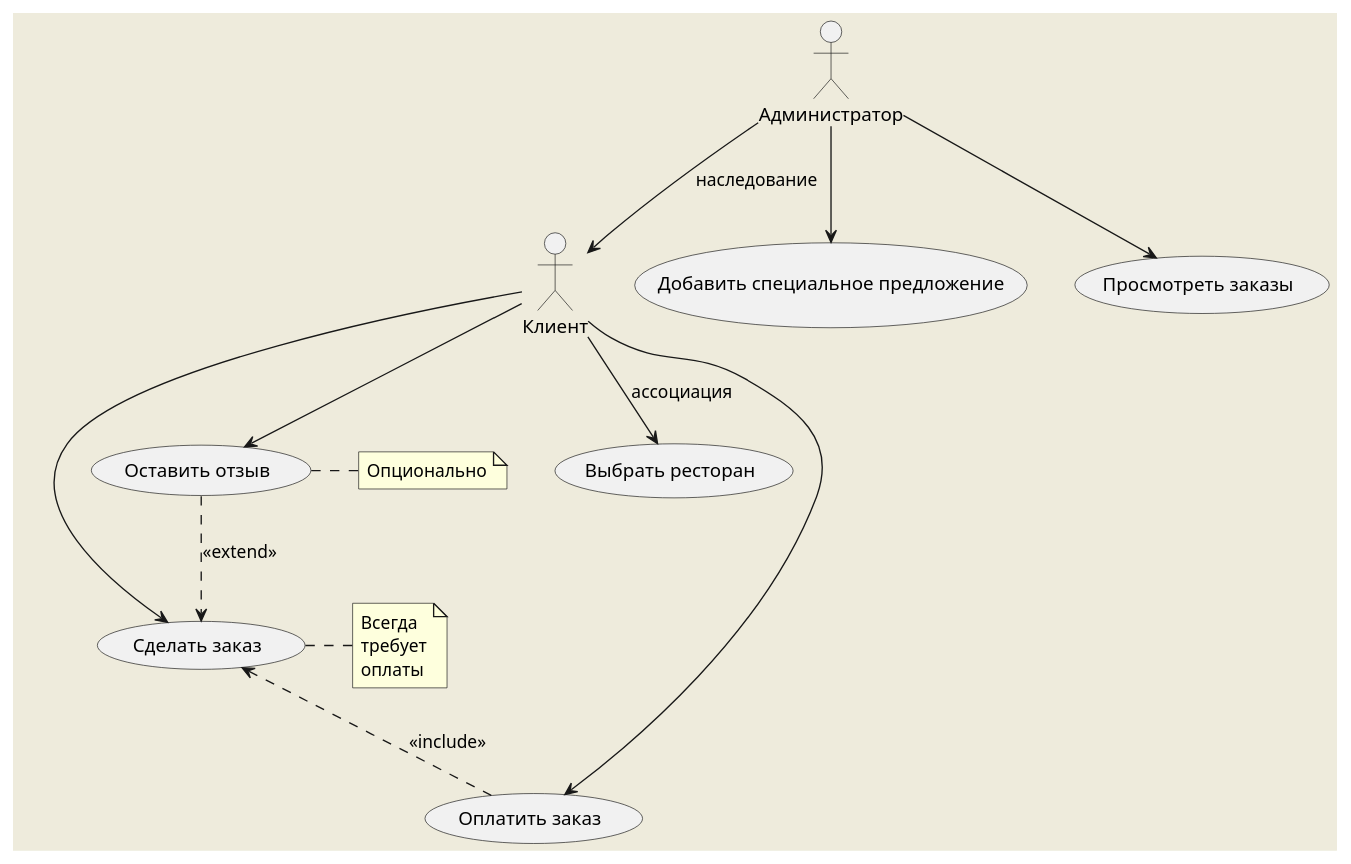
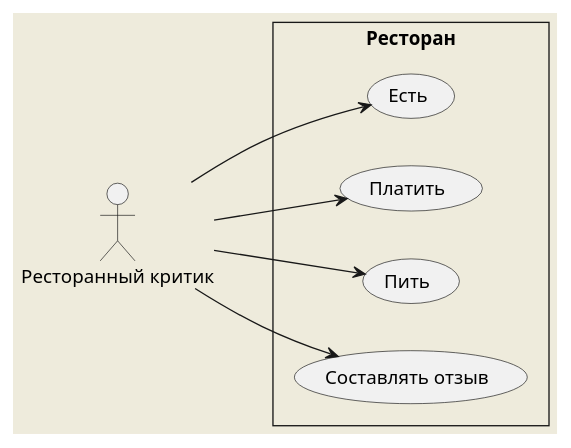
One commit to VladimirMonin/conspects changed diagram 22 of 28 in Модуль UML.md. Above: the diagram before and after it, drawn with PlantUML. The commit also changed other lines of this file, not shown here.

Commit message:
uml: lesson 1-4

````diff
--- a/Модуль UML.md
+++ b/Модуль UML.md
@@ -1270,31 +1311,20 @@
 ```plantuml
 @startuml
 skinparam BackgroundColor #EEEBDC
 skinparam style strictuml
 
-actor Клиент
-actor Администратор
-
-usecase UC1 as "Выбрать ресторан"
-usecase UC2 as "Сделать заказ"
-usecase UC3 as "Оплатить заказ"
-usecase UC4 as "Оставить отзыв"
-usecase UC5 as "Добавить специальное предложение" 
-usecase UC6 as "Просмотреть заказы"
-
-Клиент --> UC1 : ассоциация
-Клиент --> UC2
-Клиент --> UC3
-Клиент --> UC4
-Администратор --> UC5
-Администратор --> UC6
-
-UC2 <.. UC3 : <<include>>
-UC4 ..> UC2 : <<extend>>
-Администратор --> Клиент : наследование
-
-note right of UC2 : Всегда\nтребует\nоплаты
-note right of UC4 : Опционально
+left to right direction 
+actor "Ресторанный критик" as fc 
+rectangle Ресторан {   
+usecase "Есть" as UC1   
+usecase "Платить" as UC2   
+usecase "Пить" as UC3   
+usecase "Составлять отзыв" as UC4
+} 
+fc --> UC1 
+fc --> UC2 
+fc --> UC3 
+fc --> UC4
 
 @enduml
 ```
````
